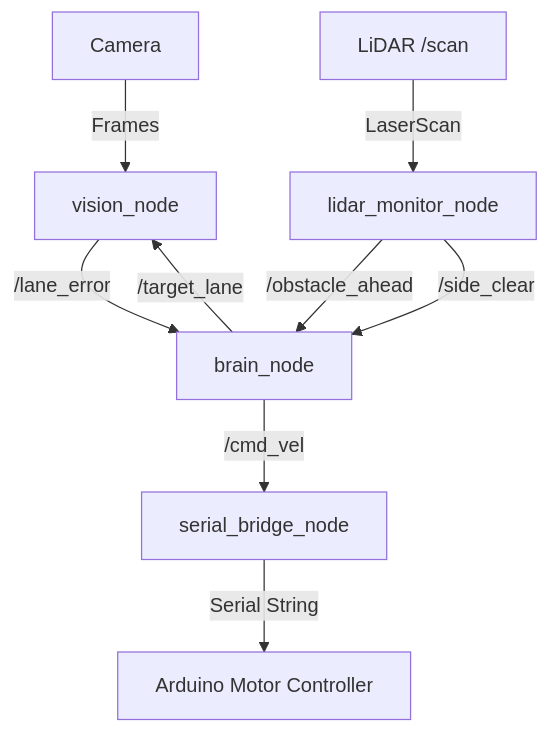
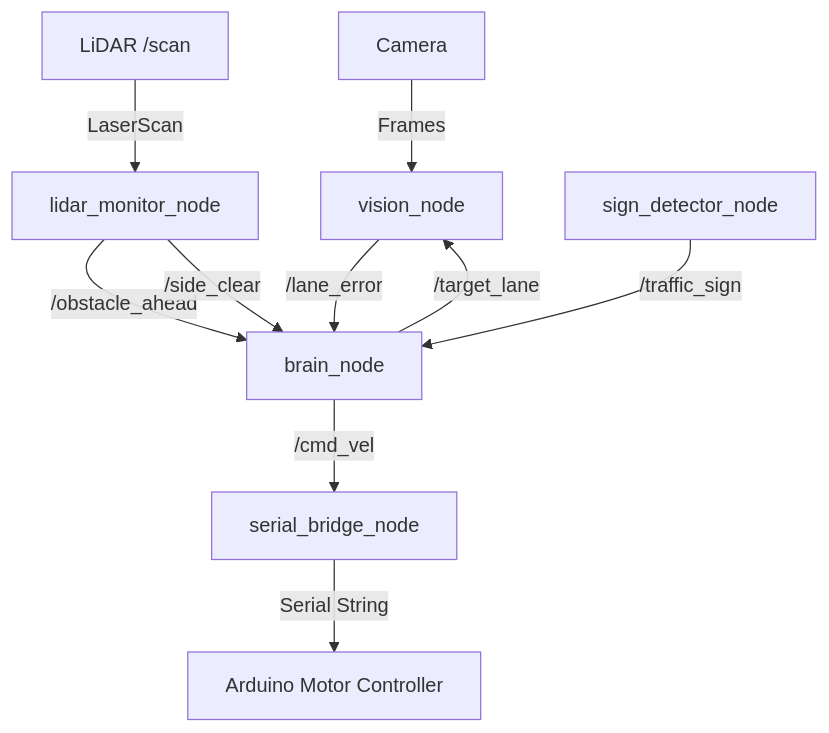
Before and after one commit to Shihabulislam1/abir: the diagram in autonomous_car_workspace/src/robot_navigation/README.md, drawn with Mermaid. The commit also changed other lines of this file and 7 other files, not shown here.

Commit message:
Add obstacle avoidance and traffic sign detection

````diff
--- a/autonomous_car_workspace/src/robot_navigation/README.md
+++ b/autonomous_car_workspace/src/robot_navigation/README.md
@@ -7,17 +7,18 @@
 ```mermaid
 graph TD
     %% Sensors
     Cam[Camera] -->|Frames| Vision[vision_node]
     Lidar[LiDAR /scan] -->|LaserScan| LidarMon[lidar_monitor_node]
 
     %% ROS Nodes
     Vision -->|/lane_error| Brain[brain_node]
     LidarMon -->|/obstacle_ahead| Brain
     LidarMon -->|/side_clear| Brain
+    SignDet[sign_detector_node] -->|/traffic_sign| Brain
 
     Brain -->|/cmd_vel| SerialBridge[serial_bridge_node]
     Brain -->|/target_lane| Vision
 
     %% Actuators
     SerialBridge -->|Serial String| Arduino[Arduino Motor Controller]
 ```
````
